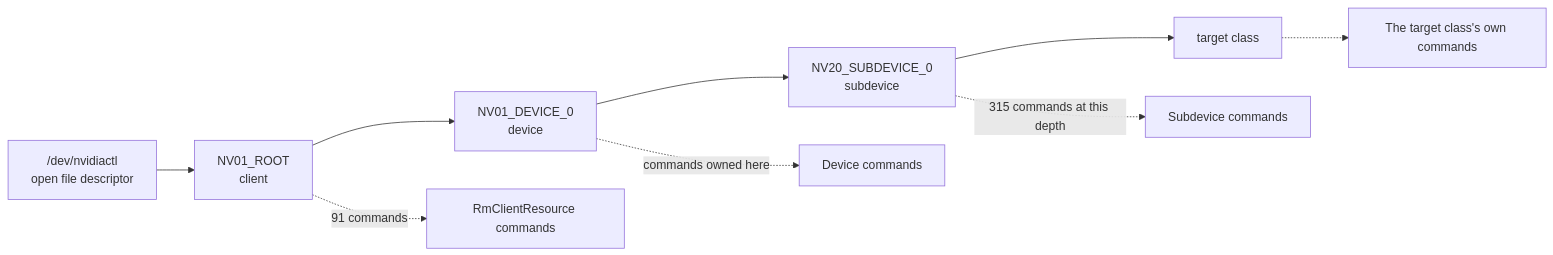
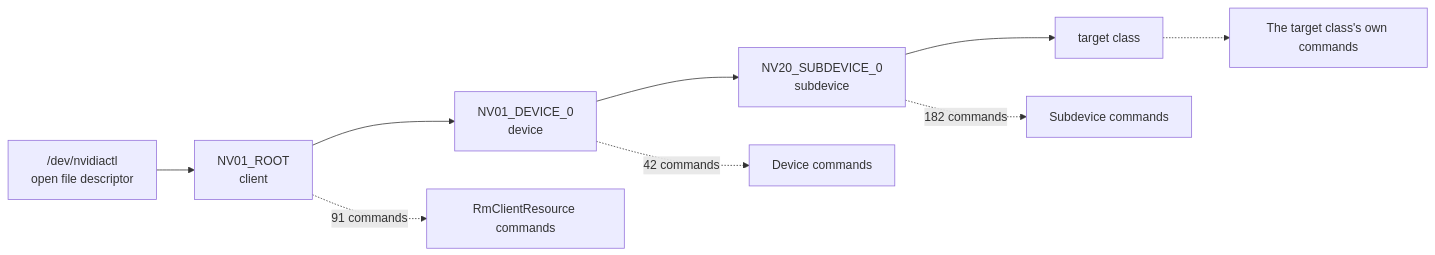
Before and after one commit to Indspl0it/gspwn: the diagram in docs/src/content/docs/architecture/components/object-graph.md, drawn with Mermaid. The commit also changed other lines of this file and 28 other files, not shown here.

````diff
--- a/docs/src/content/docs/architecture/components/object-graph.md
+++ b/docs/src/content/docs/architecture/components/object-graph.md
@@ -118,11 +126,11 @@
 ```mermaid
 flowchart LR
     FD["/dev/nvidiactl<br/>open file descriptor"] --> R["NV01_ROOT<br/>client"]
     R --> D["NV01_DEVICE_0<br/>device"]
     D --> S["NV20_SUBDEVICE_0<br/>subdevice"]
     S --> T["target class"]
     R -.->|91 commands| C1[RmClientResource commands]
-    D -.->|commands owned here| C2[Device commands]
-    S -.->|315 commands at this depth| C3[Subdevice commands]
+    D -.->|42 commands| C2[Device commands]
+    S -.->|182 commands| C3[Subdevice commands]
     T -.-> C4[The target class's own commands]
 ```
````
